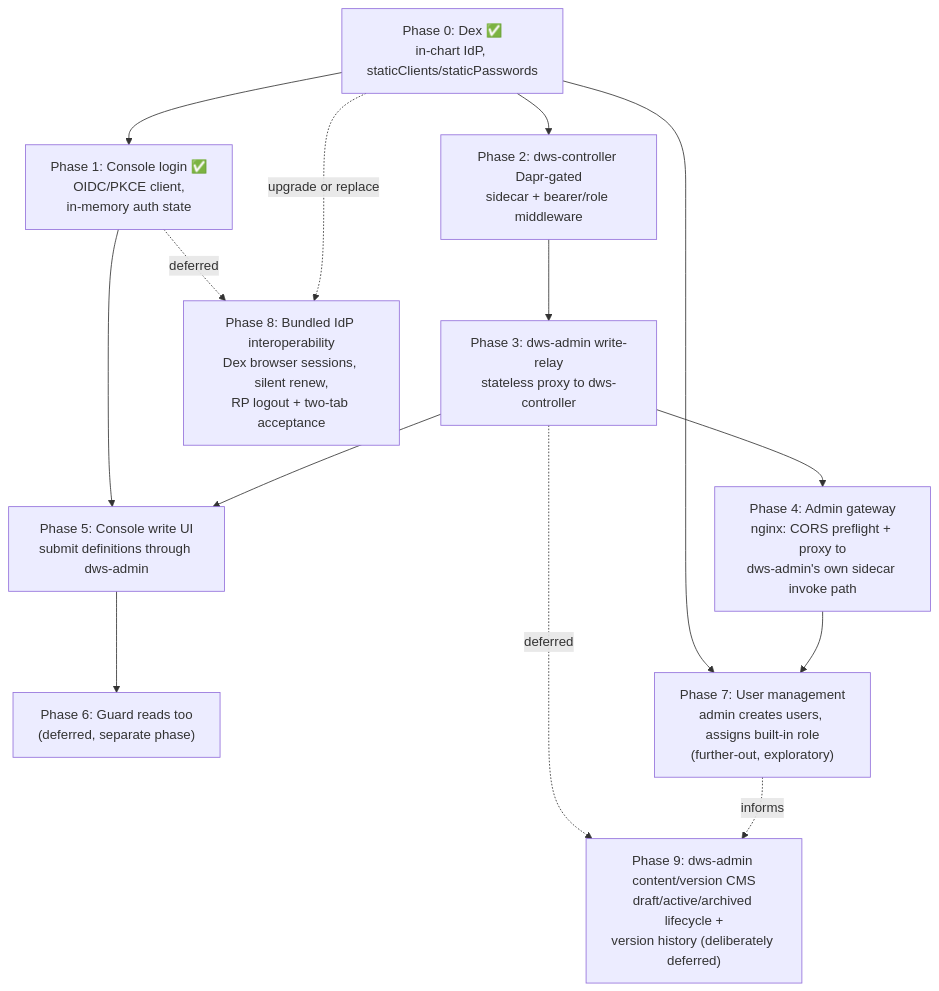
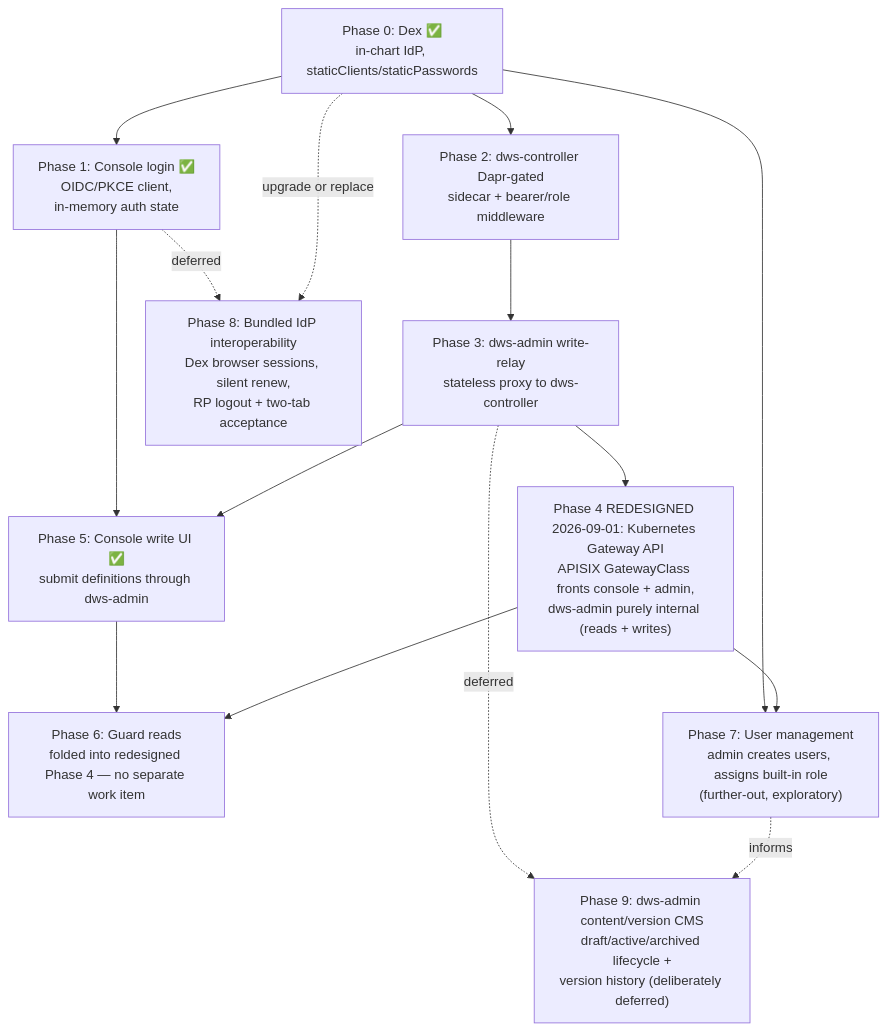
One commit to tonylibs/dapr-workflow-spec changed the diagram in docs/roadmaps/dws-auth.md. Above: the diagram before and after it, drawn with Mermaid. The commit also changed other lines of this file, not shown here.

Commit message:
update auth roadmap

````diff
--- a/docs/roadmaps/dws-auth.md
+++ b/docs/roadmaps/dws-auth.md
@@ -19,16 +21,17 @@
 ```mermaid
 flowchart TD
   P0["Phase 0: Dex ✅<br/>in-chart IdP, staticClients/staticPasswords"] --> P1["Phase 1: Console login ✅<br/>OIDC/PKCE client,<br/>in-memory auth state"]
   P0 --> P2["Phase 2: dws-controller Dapr-gated<br/>sidecar + bearer/role middleware"]
   P2 --> P3["Phase 3: dws-admin write-relay<br/>stateless proxy to dws-controller"]
-  P3 --> P4["Phase 4: Admin gateway<br/>nginx: CORS preflight + proxy to<br/>dws-admin's own sidecar invoke path"]
-  P1 --> P5["Phase 5: Console write UI<br/>submit definitions through dws-admin"]
+  P3 --> P4["Phase 4 REDESIGNED 2026-09-01: Kubernetes Gateway API<br/>APISIX GatewayClass fronts console + admin,<br/>dws-admin purely internal (reads + writes)"]
+  P1 --> P5["Phase 5: Console write UI ✅<br/>submit definitions through dws-admin"]
   P3 --> P5
-  P5 --> P6["Phase 6: Guard reads too<br/>(deferred, separate phase)"]
+  P5 --> P6["Phase 6: Guard reads<br/>folded into redesigned Phase 4 — no separate work item"]
+  P4 --> P6
   P0 --> P7["Phase 7: User management<br/>admin creates users, assigns built-in role<br/>(further-out, exploratory)"]
   P4 --> P7
   P1 -. deferred .-> P8["Phase 8: Bundled IdP interoperability<br/>Dex browser sessions, silent renew,<br/>RP logout + two-tab acceptance"]
   P0 -. upgrade or replace .-> P8
   P3 -. deferred .-> P9["Phase 9: dws-admin content/version CMS<br/>draft/active/archived lifecycle +<br/>version history (deliberately deferred)"]
   P7 -.informs.-> P9
 ```
````
